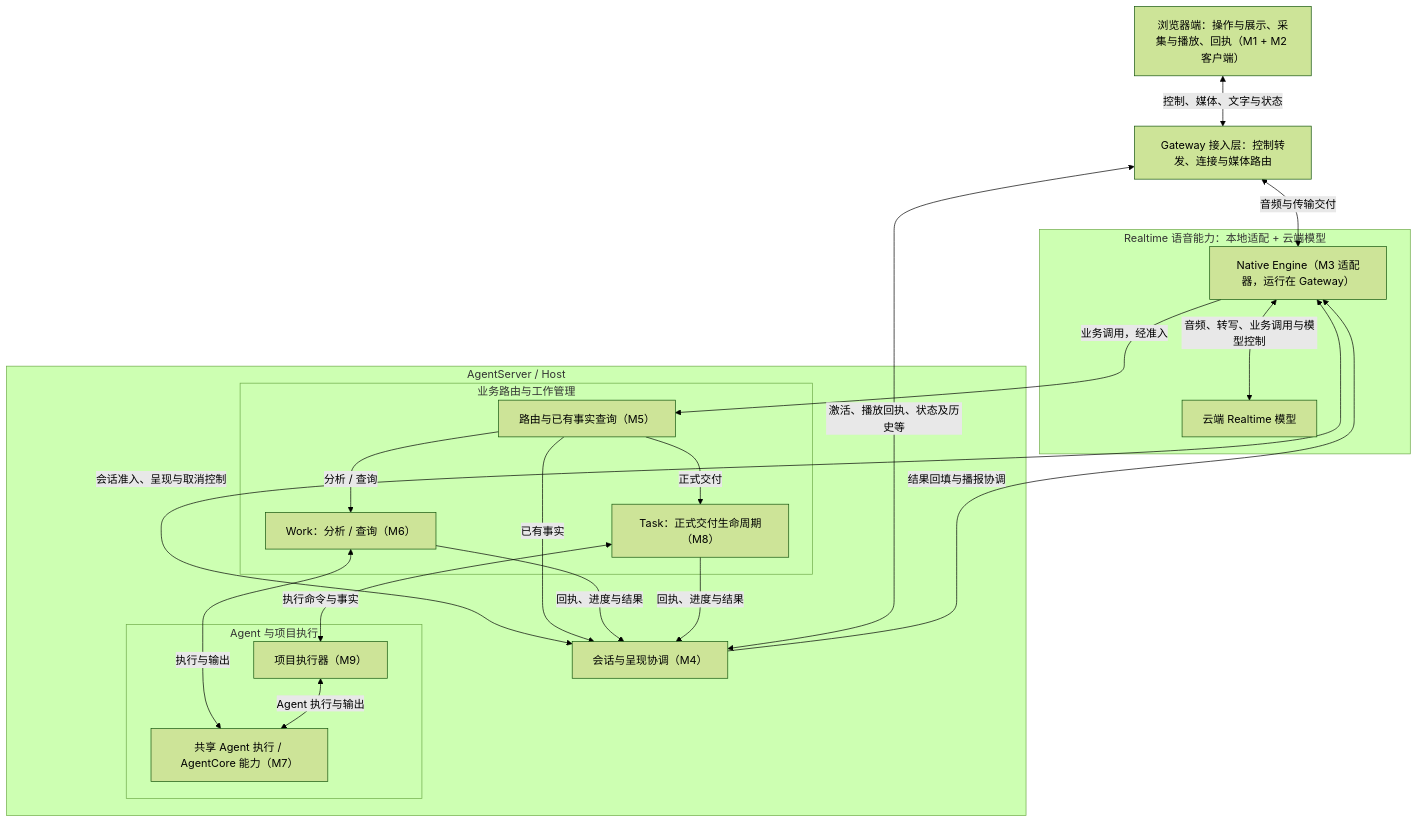
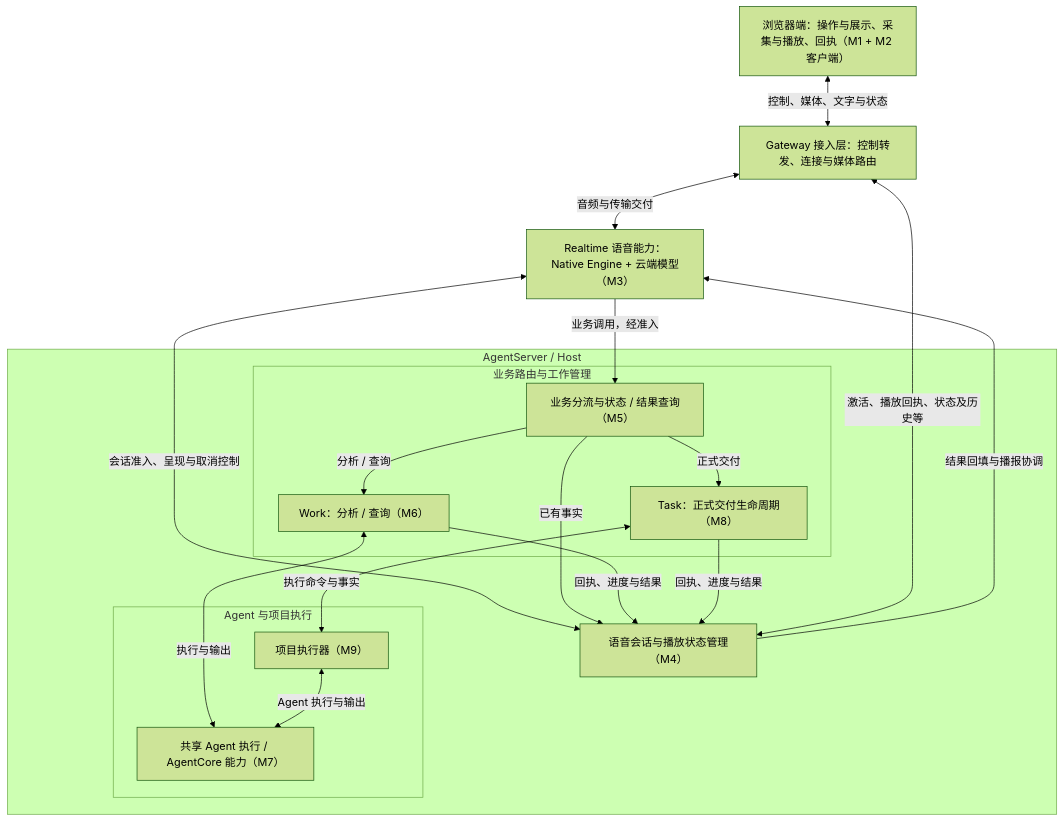
The first of 2 diagrams in live-voice/architecture/VOICE_FEATURE_COMPARISON.md (agtai/jiuwenswarm), drawn with Mermaid (forest theme) before and after one commit. The commit also changed other lines of this file, not shown here.

````diff
--- a/live-voice/architecture/VOICE_FEATURE_COMPARISON.md
+++ b/live-voice/architecture/VOICE_FEATURE_COMPARISON.md
@@ -65,36 +65,32 @@
 ```mermaid
 flowchart TB
   B["浏览器端：操作与展示、采集与播放、回执（M1 + M2 客户端）"]
   G["Gateway 接入层：控制转发、连接与媒体路由"]
-  subgraph Realtime["Realtime 语音能力：本地适配 + 云端模型"]
-    E["Native Engine（M3 适配器，运行在 Gateway）"]
-    P["云端 Realtime 模型"]
-    E <-->|音频、转写、业务调用与模型控制| P
-  end
+  E["Realtime 语音能力：Native Engine + 云端模型（M3）"]
   subgraph Host["AgentServer / Host"]
-    S["会话与呈现协调（M4）"]
+    S["语音会话与播放状态管理（M4）"]
     subgraph Business["业务路由与工作管理"]
-      R["路由与已有事实查询（M5）"]
+      R["业务分流与状态 / 结果查询（M5）"]
       W["Work：分析 / 查询（M6）"]
       T["Task：正式交付生命周期（M8）"]
     end
     subgraph Execution["Agent 与项目执行"]
       X["项目执行器（M9）"]
       A["共享 Agent 执行 / AgentCore 能力（M7）"]
     end
   end
   B <-->|控制、媒体、文字与状态| G
   G <-->|音频与传输交付| E
   E <-->|会话准入、呈现与取消控制| S
   E -->|业务调用，经准入| R
   R -->|已有事实| S
   R -->|分析 / 查询| W
   R -->|正式交付| T
   W <-->|执行与输出| A
   T <-->|执行命令与事实| X
   X <-->|Agent 执行与输出| A
   W -->|回执、进度与结果| S
   T -->|回执、进度与结果| S
   S -->|结果回填与播报协调| E
   G <-->|激活、播放回执、状态及历史等| S
 ```
````
